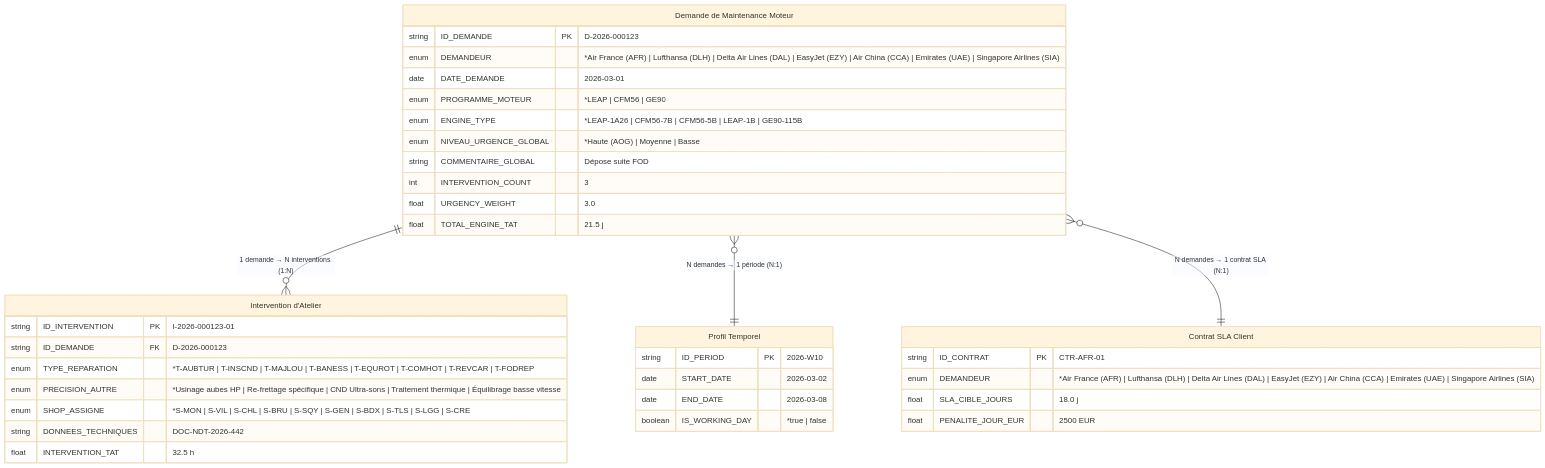
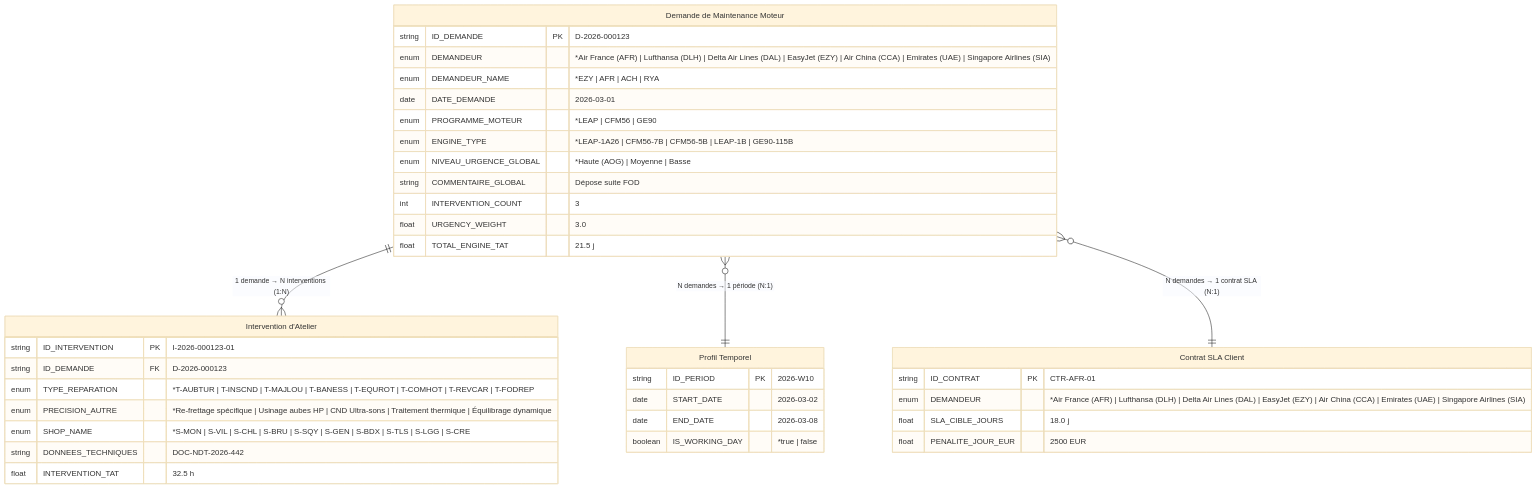
The first of 16 diagrams in content.md (quangfr/bimaestro), drawn with Mermaid (base theme) before and after one commit. The commit also changed other lines of this file and 1 other file, not shown here.

Commit message:
feat: unifier le modèle de référence 2A/2B (STATION_NAME/SHOP_NAME en PK enum, DEMANDEUR_NAME, alignement PRECISION_AUTRE) et propager les renommages aux étapes 3/5, step 7 et règles de jointure _NAME

````diff
--- a/content.md
+++ b/content.md
@@ -177,40 +179,41 @@
 ```mermaid
 erDiagram
     MDT_MAINTENANCE_REQUEST ||--o{ MDT_INTERVENTION : "1 demande → N interventions (1:N)"
     MDT_MAINTENANCE_REQUEST }o--|| TIMEPROFILE : "N demandes → 1 période (N:1)"
     MDT_MAINTENANCE_REQUEST }o--|| CONTRACT_SLA : "N demandes → 1 contrat SLA (N:1)"
 
     MDT_MAINTENANCE_REQUEST ["Demande de Maintenance Moteur"] {
         string ID_DEMANDE PK "D-2026-000123"
         enum DEMANDEUR "*Air France (AFR) | Lufthansa (DLH) | Delta Air Lines (DAL) | EasyJet (EZY) | Air China (CCA) | Emirates (UAE) | Singapore Airlines (SIA)"
+        enum DEMANDEUR_NAME "*EZY | AFR | ACH | RYA"
         date DATE_DEMANDE "2026-03-01"
         enum PROGRAMME_MOTEUR "*LEAP | CFM56 | GE90"
         enum ENGINE_TYPE "*LEAP-1A26 | CFM56-7B | CFM56-5B | LEAP-1B | GE90-115B"
         enum NIVEAU_URGENCE_GLOBAL "*Haute (AOG) | Moyenne | Basse"
         string COMMENTAIRE_GLOBAL "Dépose suite FOD"
         int INTERVENTION_COUNT "3"
         float URGENCY_WEIGHT "3.0"
         float TOTAL_ENGINE_TAT "21.5 j"
     }
     TIMEPROFILE ["Profil Temporel"] {
         string ID_PERIOD PK "2026-W10"
         date START_DATE "2026-03-02"
         date END_DATE "2026-03-08"
         boolean IS_WORKING_DAY "*true | false"
     }
     CONTRACT_SLA ["Contrat SLA Client"] {
         string ID_CONTRAT PK "CTR-AFR-01"
         enum DEMANDEUR "*Air France (AFR) | Lufthansa (DLH) | Delta Air Lines (DAL) | EasyJet (EZY) | Air China (CCA) | Emirates (UAE) | Singapore Airlines (SIA)"
         float SLA_CIBLE_JOURS "18.0 j"
         float PENALITE_JOUR_EUR "2500 EUR"
     }
     MDT_INTERVENTION ["Intervention d'Atelier"] {
         string ID_INTERVENTION PK "I-2026-000123-01"
         string ID_DEMANDE FK "D-2026-000123"
         enum TYPE_REPARATION "*T-AUBTUR | T-INSCND | T-MAJLOU | T-BANESS | T-EQUROT | T-COMHOT | T-REVCAR | T-FODREP"
-        enum PRECISION_AUTRE "*Usinage aubes HP | Re-frettage spécifique | CND Ultra-sons | Traitement thermique | Équilibrage basse vitesse"
-        enum SHOP_ASSIGNE "*S-MON | S-VIL | S-CHL | S-BRU | S-SQY | S-GEN | S-BDX | S-TLS | S-LGG | S-CRE"
+        enum PRECISION_AUTRE "*Re-frettage spécifique | Usinage aubes HP | CND Ultra-sons | Traitement thermique | Équilibrage dynamique"
+        enum SHOP_NAME "*S-MON | S-VIL | S-CHL | S-BRU | S-SQY | S-GEN | S-BDX | S-TLS | S-LGG | S-CRE"
         string DONNEES_TECHNIQUES "DOC-NDT-2026-442"
         float INTERVENTION_TAT "32.5 h"
     }
 ```
````
